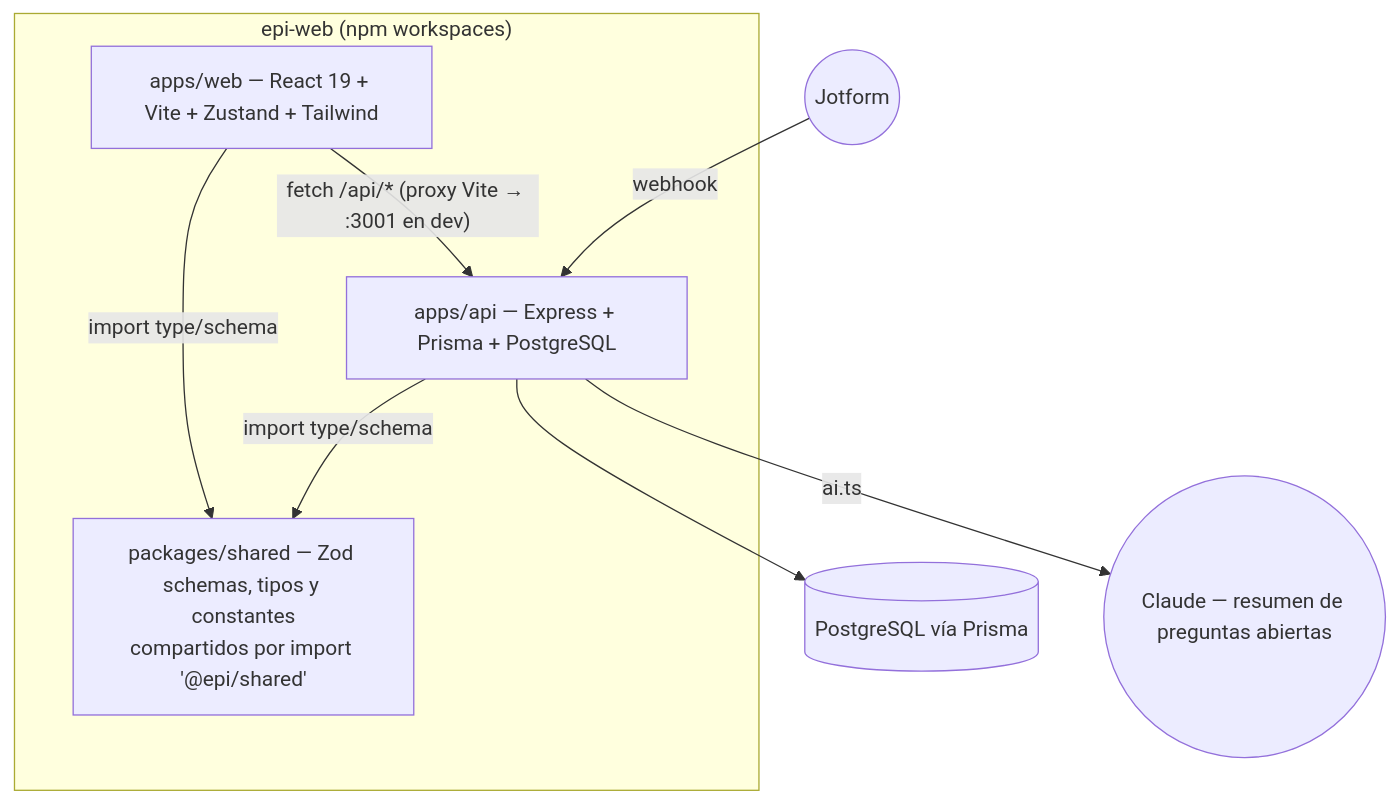
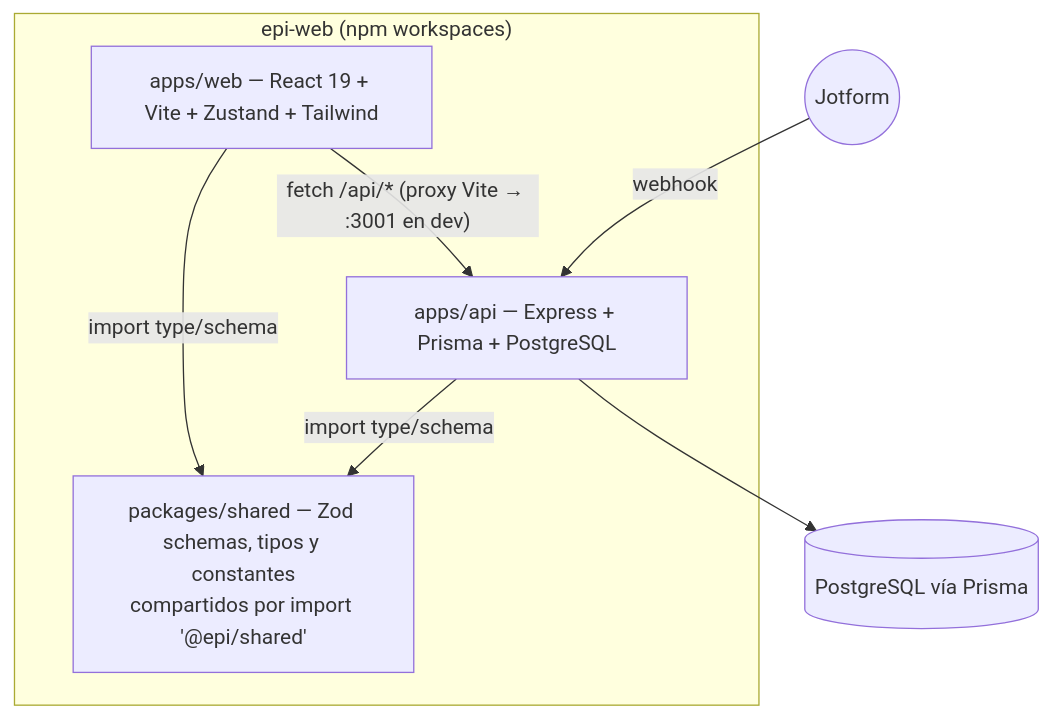
Before and after one commit to Gustav0AB/epi-web: the first of 7 diagrams in docs/arquitectura-front-backend.md, drawn with Mermaid. The commit also changed other lines of this file and 57 other files, not shown here.

````diff
--- a/docs/arquitectura-front-backend.md
+++ b/docs/arquitectura-front-backend.md
@@ -14,14 +14,13 @@
 ```mermaid
 graph TD
     subgraph Repo["epi-web (npm workspaces)"]
         Web["apps/web — React 19 + Vite + Zustand + Tailwind"]
         Api["apps/api — Express + Prisma + PostgreSQL"]
         Shared["packages/shared — Zod schemas, tipos y constantes<br/>compartidos por import '@epi/shared'"]
     end
     Web -->|"import type/schema"| Shared
     Api -->|"import type/schema"| Shared
     Web -->|"fetch /api/* (proxy Vite → :3001 en dev)"| Api
     Api --> DB[("PostgreSQL vía Prisma")]
     Jotform((Jotform)) -->|"webhook"| Api
-    Api -->|"ai.ts"| Claude(("Claude — resumen de preguntas abiertas"))
 ```
````
